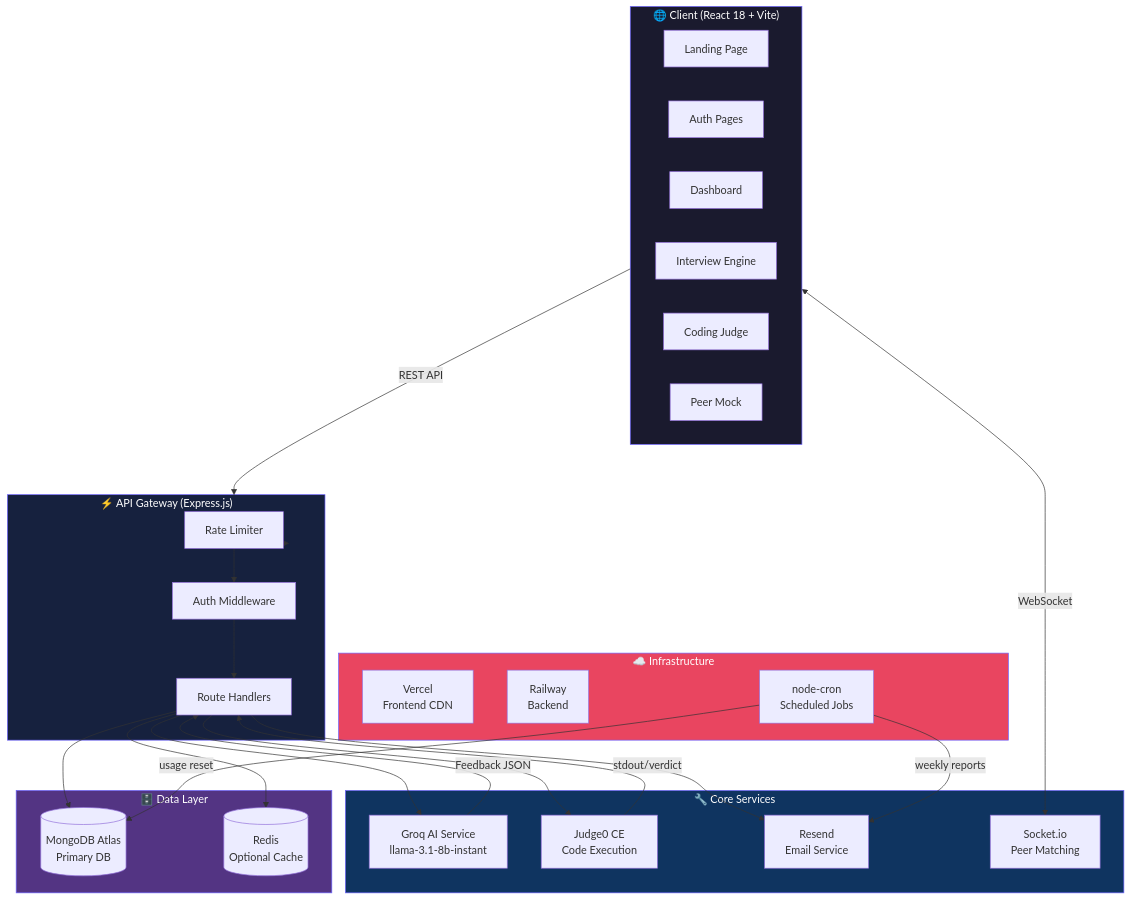
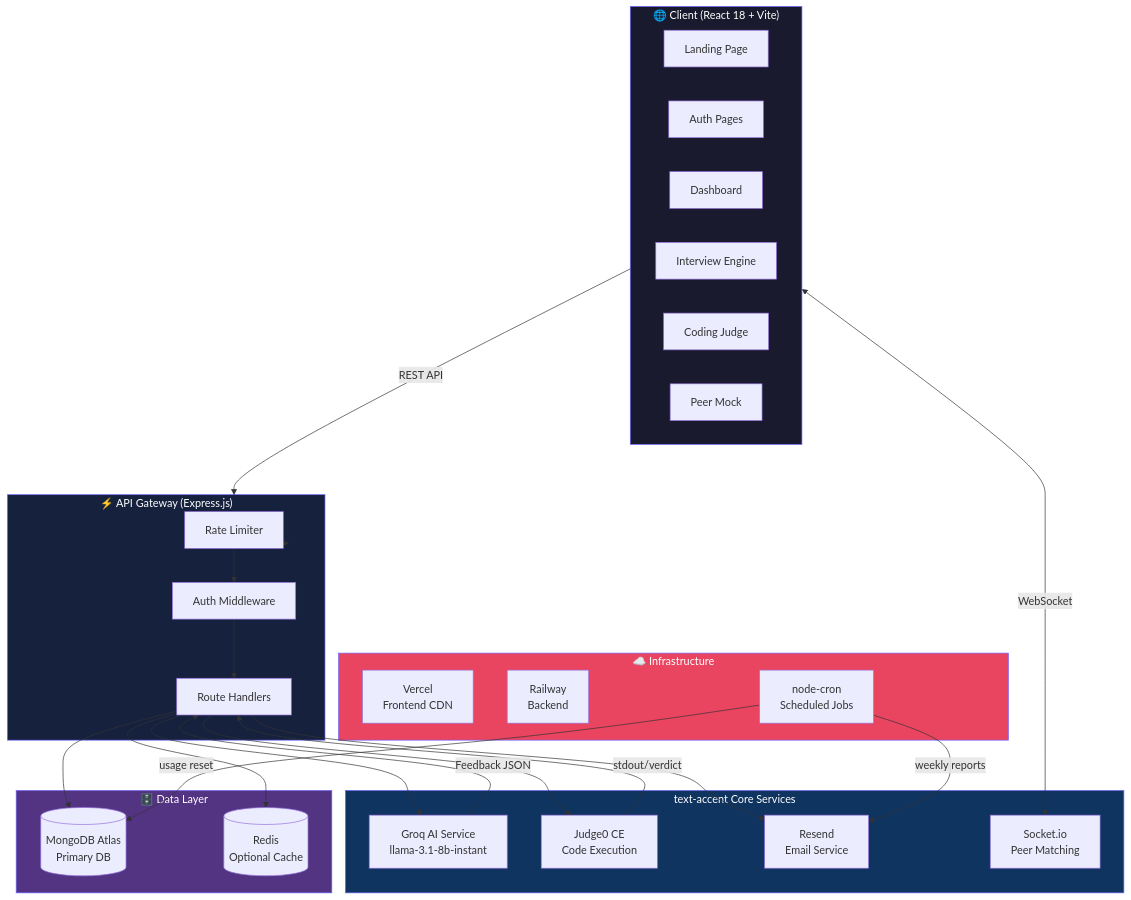
Before and after one commit to rahulkumarfsd/loopMock-Ai-Powered-InterviewApplication: the first of 7 diagrams in README.md, drawn with Mermaid. The commit also changed other lines of this file and 7 other files, not shown here.

````diff
--- a/README.md
+++ b/README.md
@@ -135,54 +135,54 @@
 ```mermaid
 graph TB
     subgraph Client["🌐 Client (React 18 + Vite)"]
         LP[Landing Page]
         AUTH[Auth Pages]
         DASH[Dashboard]
         INT[Interview Engine]
         CODE[Coding Judge]
         PEER[Peer Mock]
     end
 
     subgraph Gateway["⚡ API Gateway (Express.js)"]
         RL[Rate Limiter]
         MW[Auth Middleware]
         ROUTES[Route Handlers]
     end
 
-    subgraph Services["🔧 Core Services"]
+    subgraph Services["text-accent Core Services"]
         AI[Groq AI Service<br/>llama-3.1-8b-instant]
         J0[Judge0 CE<br/>Code Execution]
         MAIL[Resend<br/>Email Service]
         SOCK[Socket.io<br/>Peer Matching]
     end
 
     subgraph Data["🗄️ Data Layer"]
         MONGO[(MongoDB Atlas<br/>Primary DB)]
         REDIS[(Redis<br/>Optional Cache)]
     end
 
     subgraph Infra["☁️ Infrastructure"]
         VERCEL[Vercel<br/>Frontend CDN]
         RAILWAY[Railway<br/>Backend]
         CRON[node-cron<br/>Scheduled Jobs]
     end
 
     Client -->|REST API| Gateway
     Client <-->|WebSocket| SOCK
     Gateway --> RL --> MW --> ROUTES
     ROUTES --> AI
     ROUTES --> J0
     ROUTES --> MAIL
     ROUTES --> MONGO
     ROUTES --> REDIS
     AI -->|Feedback JSON| ROUTES
     J0 -->|stdout/verdict| ROUTES
     CRON -->|weekly reports| MAIL
     CRON -->|usage reset| MONGO
 
     style Client fill:#1a1a2e,stroke:#6c63ff,color:#fff
     style Gateway fill:#16213e,stroke:#6c63ff,color:#fff
     style Services fill:#0f3460,stroke:#6c63ff,color:#fff
     style Data fill:#533483,stroke:#6c63ff,color:#fff
     style Infra fill:#e94560,stroke:#6c63ff,color:#fff
 ```
````
